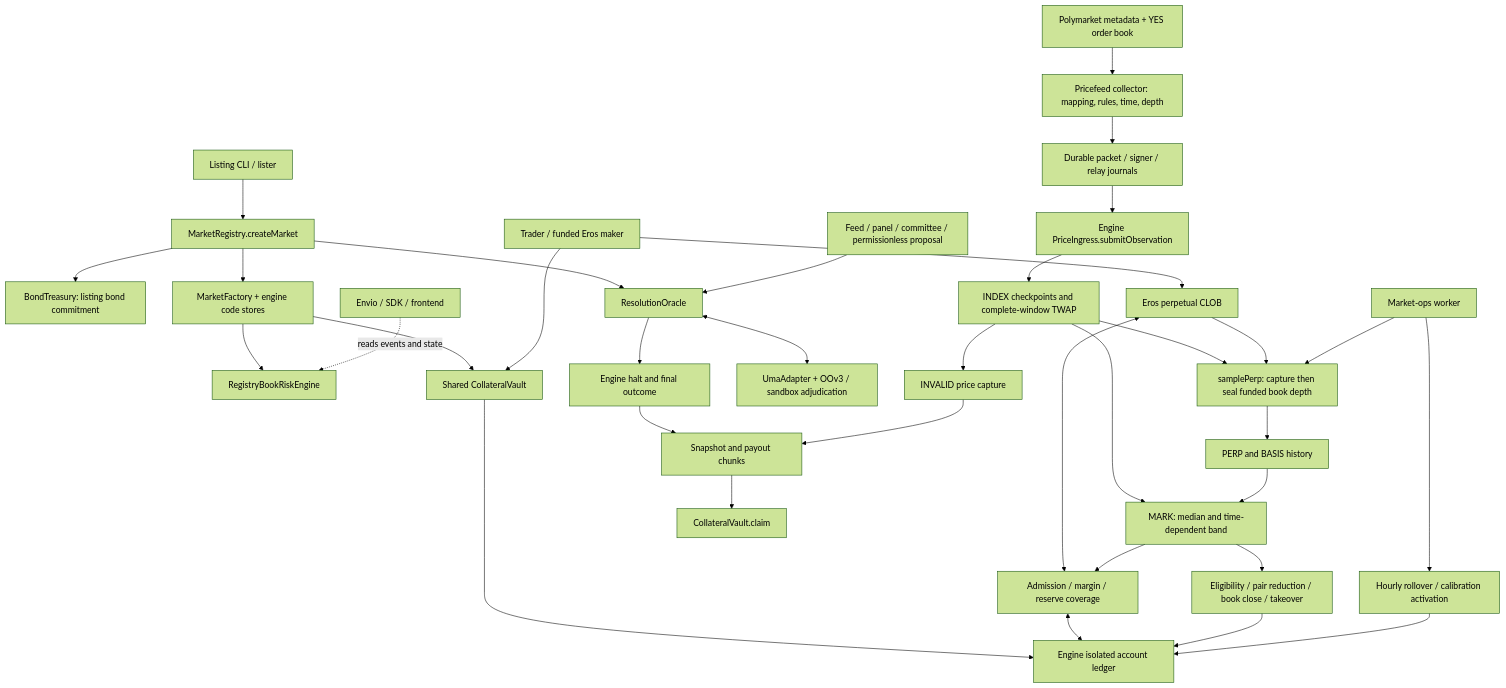
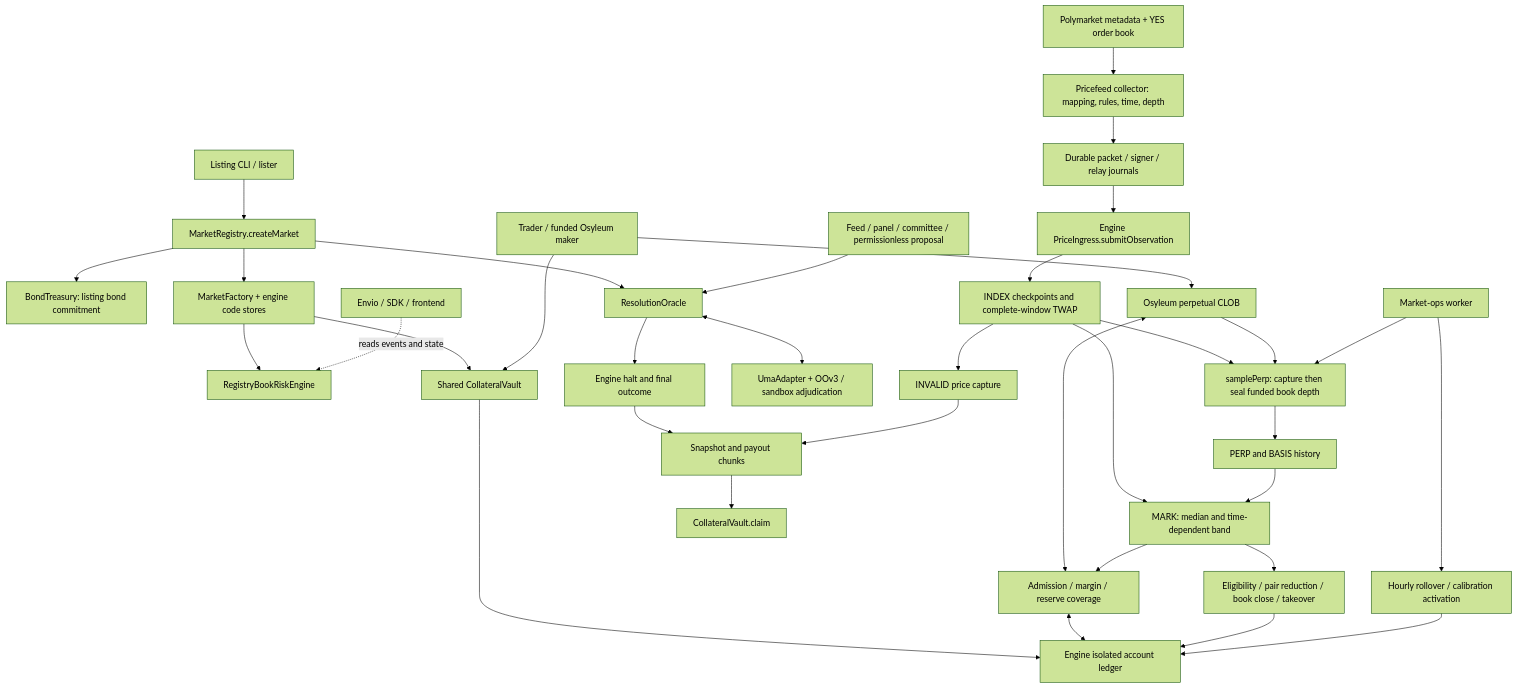
The first of 2 diagrams in docs/implementation/NATIVE_MARKET_PLAN.md (xipharis/Olyseum), drawn with Mermaid (forest theme) before and after one commit. The commit also changed other lines of this file and 63 other files, not shown here.

````diff
--- a/docs/implementation/NATIVE_MARKET_PLAN.md
+++ b/docs/implementation/NATIVE_MARKET_PLAN.md
@@ -20,40 +20,40 @@
 ```mermaid
 flowchart TD
     Listing[Listing CLI / lister] --> Registry[MarketRegistry.createMarket]
     Registry --> Treasury[BondTreasury: listing bond commitment]
     Registry --> Factory[MarketFactory + engine code stores]
     Factory --> Engine[RegistryBookRiskEngine]
     Factory --> Vault[Shared CollateralVault]
     Registry --> Oracle[ResolutionOracle]
 
     Poly[Polymarket metadata + YES order book] --> Collector[Pricefeed collector: mapping, rules, time, depth]
     Collector --> Publisher[Durable packet / signer / relay journals]
     Publisher --> Ingress[Engine PriceIngress.submitObservation]
     Ingress --> Index[INDEX checkpoints and complete-window TWAP]
 
-    Wallet[Trader / funded Eros maker] --> Vault
+    Wallet[Trader / funded Osyleum maker] --> Vault
     Vault --> Ledger[Engine isolated account ledger]
-    Wallet --> Book[Eros perpetual CLOB]
+    Wallet --> Book[Osyleum perpetual CLOB]
     Book <--> Risk[Admission / margin / reserve coverage]
     Risk <--> Ledger
     Index --> Sampler[samplePerp: capture then seal funded book depth]
     Book --> Sampler
     Sampler --> Series[PERP and BASIS history]
     Index --> Mark[MARK: median and time-dependent band]
     Series --> Mark
     Mark --> Risk
     Mark --> Liquidation[Eligibility / pair reduction / book close / takeover]
     Liquidation --> Ledger
     Keeper[Market-ops worker] --> Sampler
     Keeper --> Epoch[Hourly rollover / calibration activation]
     Epoch --> Ledger
 
     Evidence[Feed / panel / committee / permissionless proposal] --> Oracle
     Oracle <--> UMA[UmaAdapter + OOv3 / sandbox adjudication]
     Oracle --> Finality[Engine halt and final outcome]
     Index --> Invalid[INVALID price capture]
     Finality --> Preparation[Snapshot and payout chunks]
     Invalid --> Preparation
     Preparation --> Claims[CollateralVault.claim]
     Indexer[Envio / SDK / frontend] -. reads events and state .-> Engine
 ```
````
